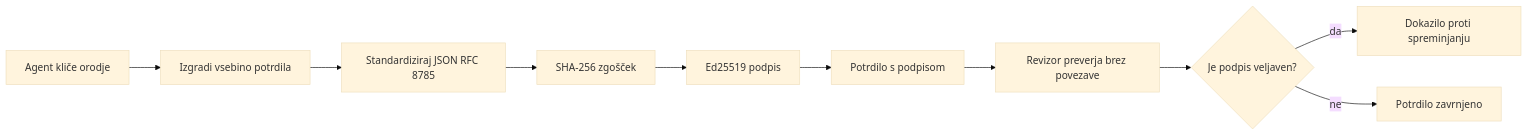
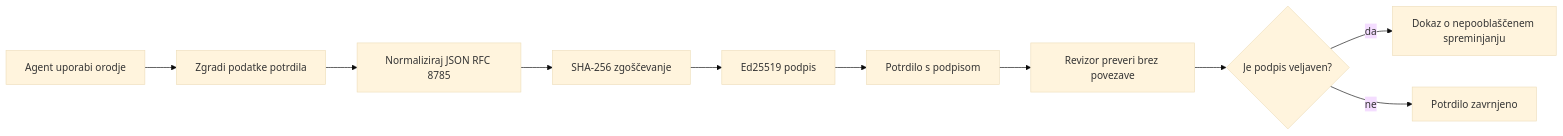
The first of 2 diagrams in mirrors/repos/microsoft@ai-agents-for-beginners/translations/sl/18-securing-ai-agents/README.md (gabrielmoreira/agent-skills-mirror), drawn with Mermaid (base theme) before and after one commit. The commit also changed other lines of this file and 2285 other files, not shown here.

````diff
--- a/mirrors/repos/microsoft@ai-agents-for-beginners/translations/sl/18-securing-ai-agents/README.md
+++ b/mirrors/repos/microsoft@ai-agents-for-beginners/translations/sl/18-securing-ai-agents/README.md
@@ -51,12 +51,12 @@
 ```mermaid
 flowchart LR
-    A[Agent kliče orodje] --> B[Izgradi vsebino potrdila]
-    B --> C[Standardiziraj JSON RFC 8785]
-    C --> D[SHA-256 zgošček]
+    A[Agent uporabi orodje] --> B[Zgradi podatke potrdila]
+    B --> C[Normaliziraj JSON RFC 8785]
+    C --> D[SHA-256 zgoščevanje]
     D --> E[Ed25519 podpis]
     E --> F[Potrdilo s podpisom]
-    F --> G[Revizor preverja brez povezave]
+    F --> G[Revizor preveri brez povezave]
     G --> H{Je podpis veljaven?}
-    H -- da --> I[Dokazilo proti spreminjanju]
+    H -- da --> I[Dokaz o nepooblaščenem spreminjanju]
     H -- ne --> J[Potrdilo zavrnjeno]
 ```
````
